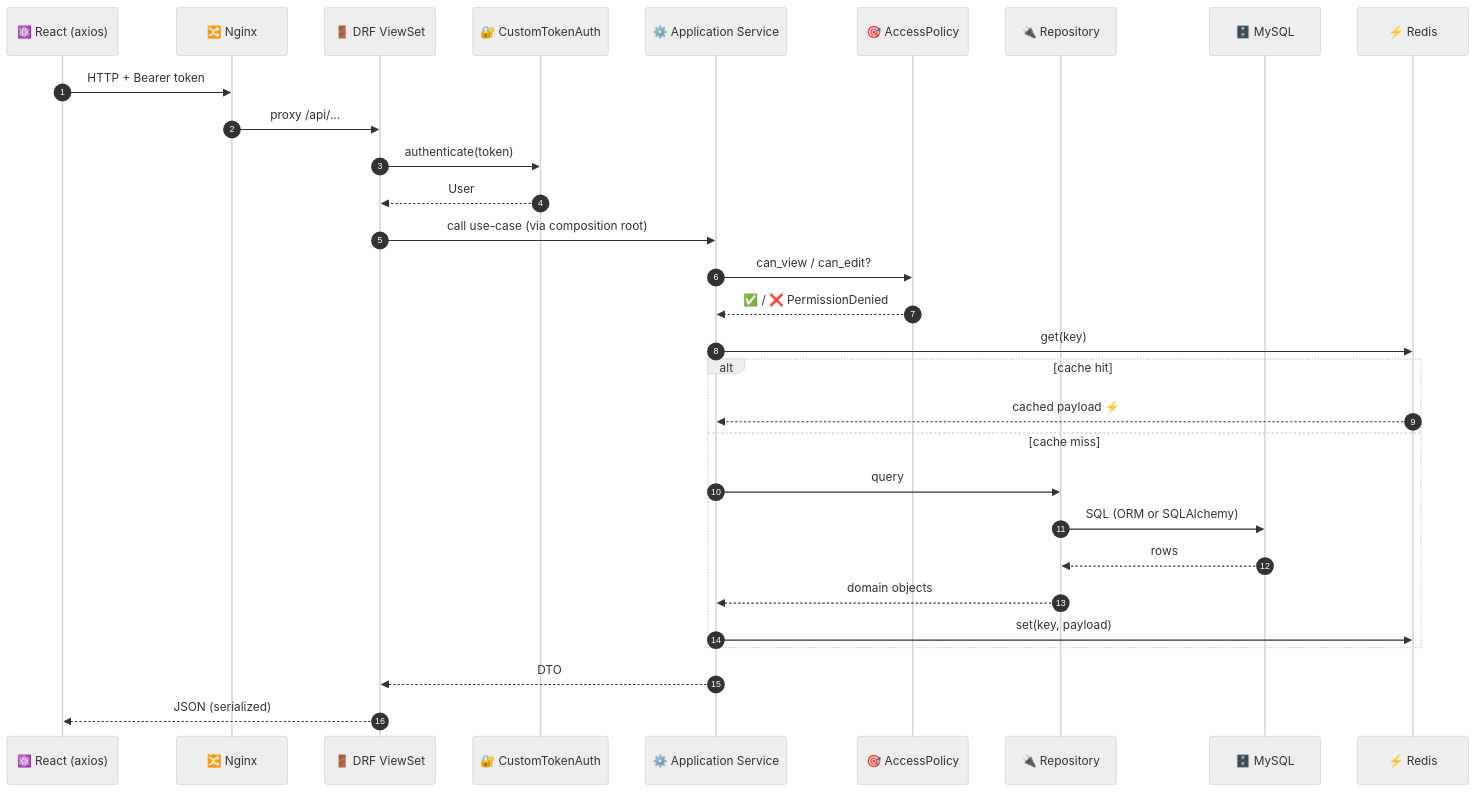
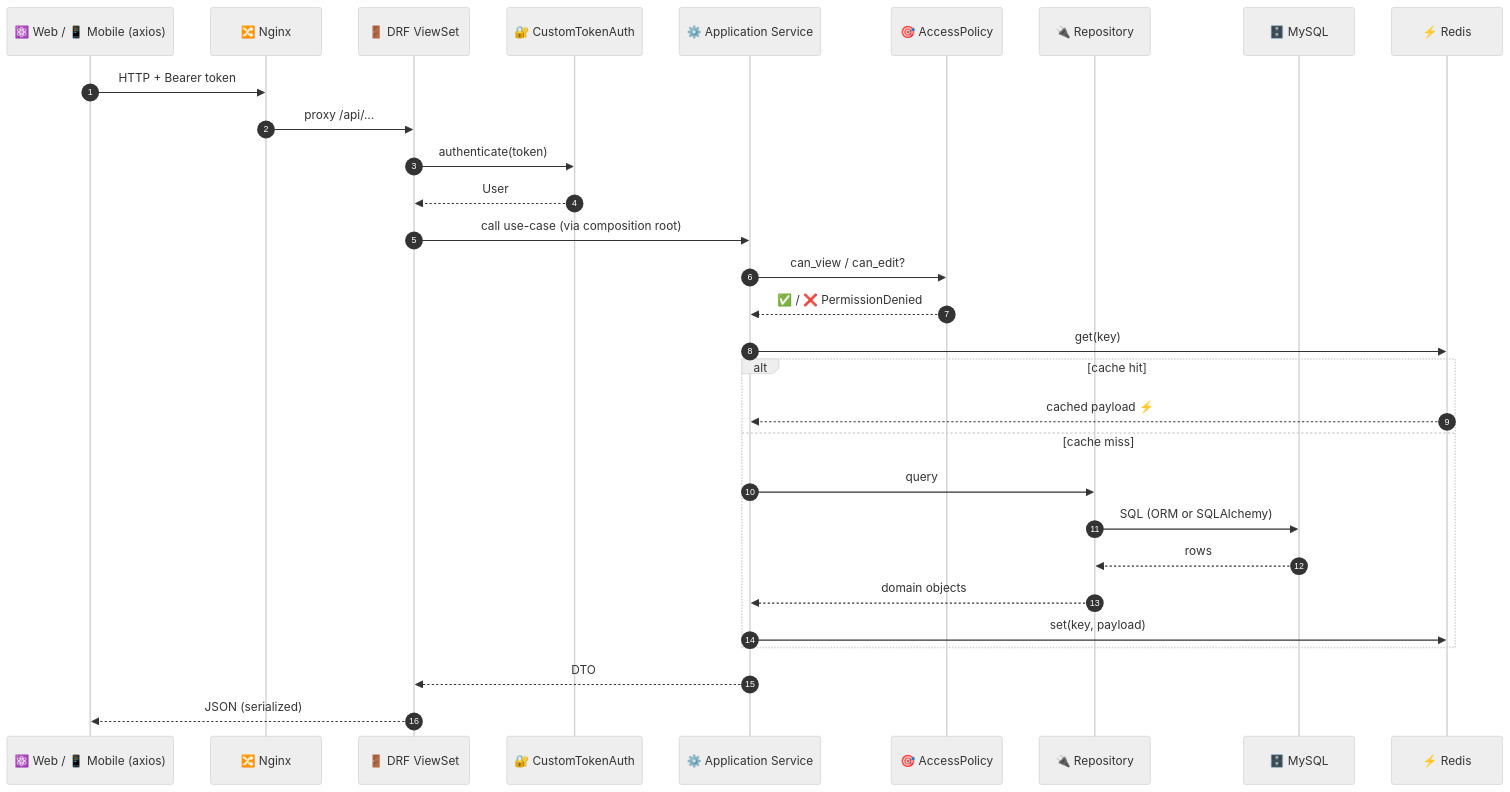
One commit to ngovandong/flashlearn changed the seventh of 18 diagrams in ARCHITECTURE.md. Above: the diagram before and after it, drawn with Mermaid (neutral theme). The commit also changed other lines of this file and 453 other files, not shown here.

````diff
--- a/ARCHITECTURE.md
+++ b/ARCHITECTURE.md
@@ -456,33 +533,33 @@
 ```mermaid
 sequenceDiagram
     autonumber
-    participant U as ⚛️ React (axios)
+    participant U as ⚛️ Web / 📱 Mobile (axios)
     participant N as 🔀 Nginx
     participant DRF as 🚪 DRF ViewSet
     participant Auth as 🔐 CustomTokenAuth
     participant Svc as ⚙️ Application Service
     participant Pol as 🎯 AccessPolicy
     participant Repo as 🔌 Repository
     participant DB as 🗄️ MySQL
     participant Cache as ⚡ Redis
 
     U->>N: HTTP + Bearer token
     N->>DRF: proxy /api/...
     DRF->>Auth: authenticate(token)
     Auth-->>DRF: User
     DRF->>Svc: call use-case (via composition root)
     Svc->>Pol: can_view / can_edit?
     Pol-->>Svc: ✅ / ❌ PermissionDenied
     Svc->>Cache: get(key)
     alt cache hit
         Cache-->>Svc: cached payload ⚡
     else cache miss
         Svc->>Repo: query
         Repo->>DB: SQL (ORM or SQLAlchemy)
         DB-->>Repo: rows
         Repo-->>Svc: domain objects
         Svc->>Cache: set(key, payload)
     end
     Svc-->>DRF: DTO
     DRF-->>U: JSON (serialized)
 ```
````
